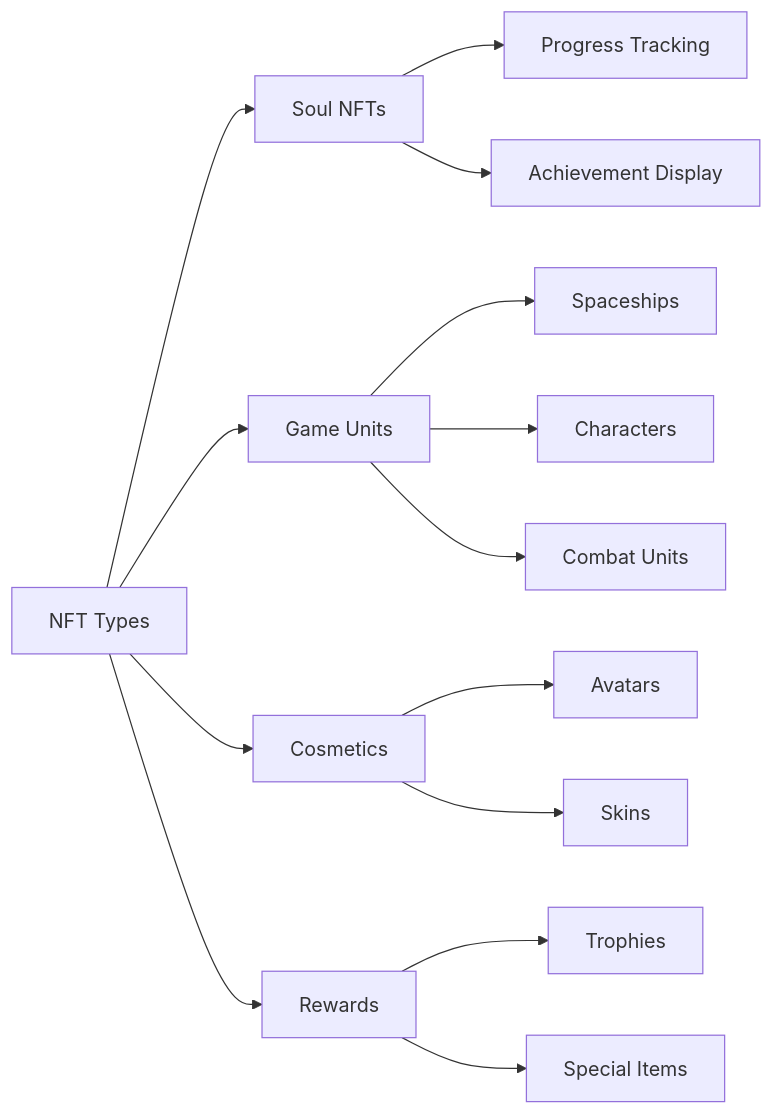
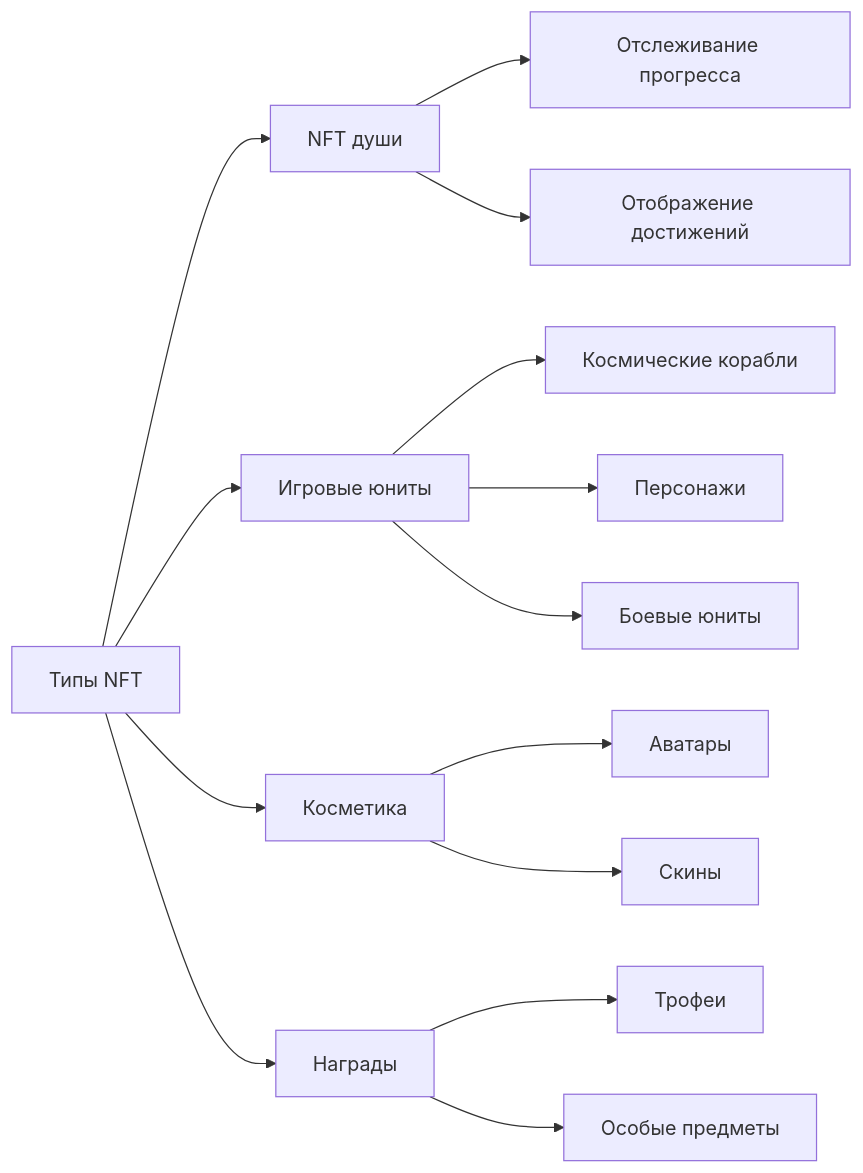
Before and after one commit to cosmicrafts/cosmicrafts-dao: the first of 2 diagrams in src/frontend/src/assets/markdown/ru/core-features.md, drawn with Mermaid. The commit also changed other lines of this file and 46 other files, not shown here.

````diff
--- a/src/frontend/src/assets/markdown/ru/core-features.md
+++ b/src/frontend/src/assets/markdown/ru/core-features.md
@@ -44,20 +43,20 @@
 ```mermaid
 graph LR
-    A[NFT Types] --> B[Soul NFTs]
-    A --> C[Game Units]
-    A --> D[Cosmetics]
-    A --> E[Rewards]
+    A[Типы NFT] --> B[NFT души]
+    A --> C[Игровые юниты]
+    A --> D[Косметика]
+    A --> E[Награды]
     
-    B --> B1[Progress Tracking]
-    B --> B2[Achievement Display]
+    B --> B1[Отслеживание прогресса]
+    B --> B2[Отображение достижений]
     
-    C --> C1[Spaceships]
-    C --> C2[Characters]
-    C --> C3[Combat Units]
+    C --> C1[Космические корабли]
+    C --> C2[Персонажи]
+    C --> C3[Боевые юниты]
     
-    D --> D1[Avatars]
-    D --> D2[Skins]
+    D --> D1[Аватары]
+    D --> D2[Скины]
     
-    E --> E1[Trophies]
-    E --> E2[Special Items]
+    E --> E1[Трофеи]
+    E --> E2[Особые предметы]
 ```
````
